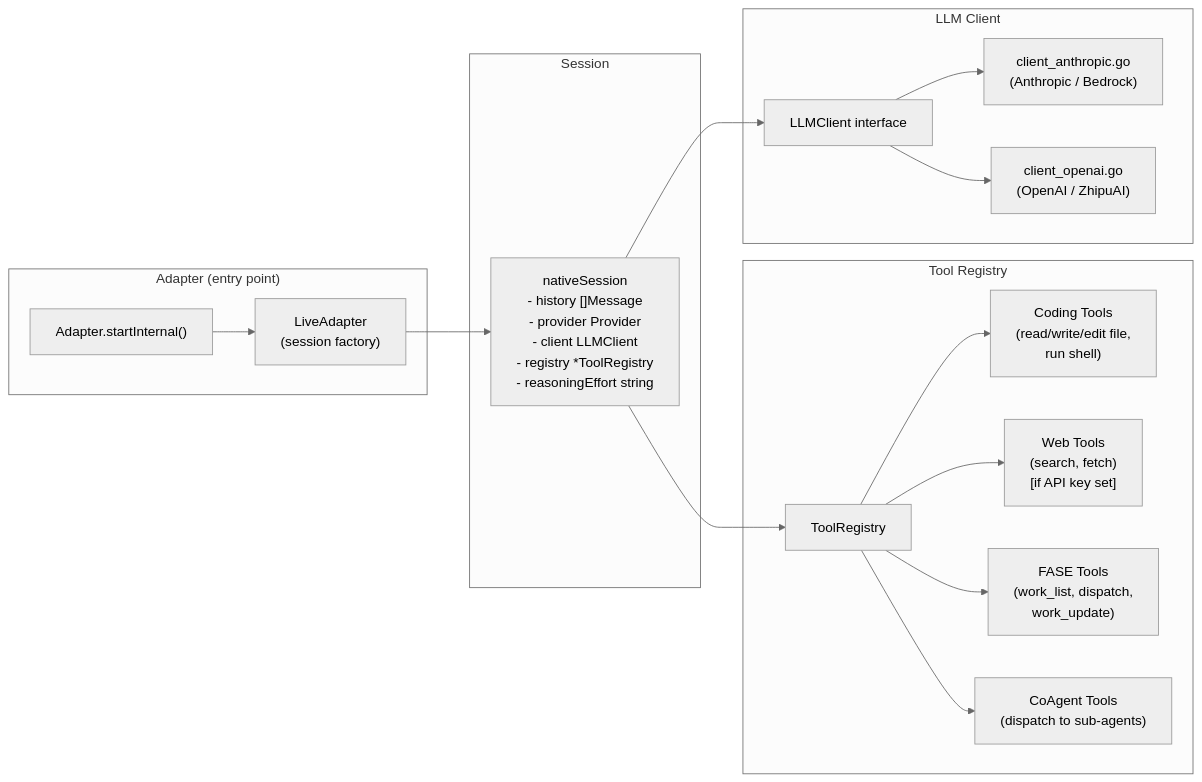
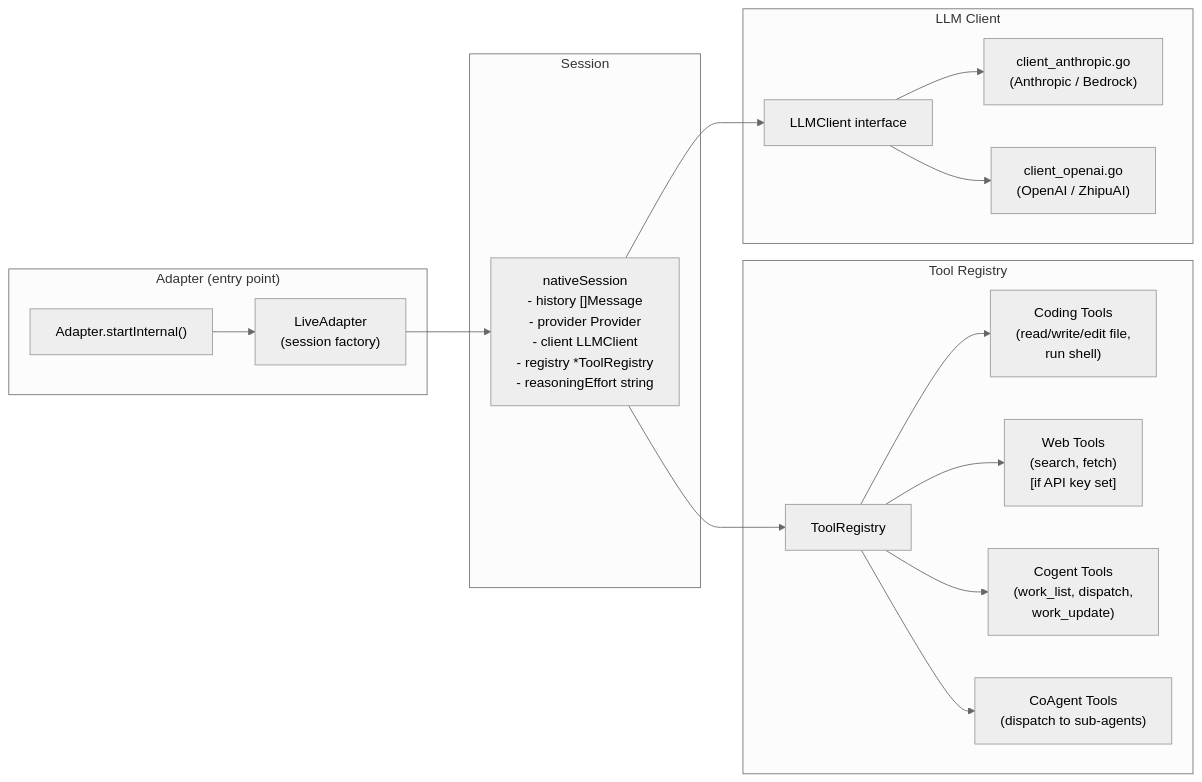
One commit to yusefmosiah/fase changed the fifth of 10 diagrams in docs/architecture.md. Above: the diagram before and after it, drawn with Mermaid (neutral theme). The commit also changed other lines of this file and 150 other files, not shown here.

````diff
--- a/docs/architecture.md
+++ b/docs/architecture.md
@@ -264,36 +264,36 @@
 ```mermaid
 graph LR
     subgraph "Adapter (entry point)"
         A["Adapter.startInternal()"]
         LA["LiveAdapter\n(session factory)"]
     end
 
     subgraph "Session"
         NS["nativeSession\n- history []Message\n- provider Provider\n- client LLMClient\n- registry *ToolRegistry\n- reasoningEffort string"]
     end
 
     subgraph "Tool Registry"
         TR["ToolRegistry"]
         CT["Coding Tools\n(read/write/edit file,\nrun shell)"]
         WT["Web Tools\n(search, fetch)\n[if API key set]"]
-        FT["FASE Tools\n(work_list, dispatch,\nwork_update)"]
+        FT["Cogent Tools\n(work_list, dispatch,\nwork_update)"]
         CAT["CoAgent Tools\n(dispatch to sub-agents)"]
     end
 
     subgraph "LLM Client"
         LC["LLMClient interface"]
         ANT["client_anthropic.go\n(Anthropic / Bedrock)"]
         OAI["client_openai.go\n(OpenAI / ZhipuAI)"]
     end
 
     A --> LA
     LA --> NS
     NS --> TR
     TR --> CT
     TR --> WT
     TR --> FT
     TR --> CAT
     NS --> LC
     LC --> ANT
     LC --> OAI
 ```
````
